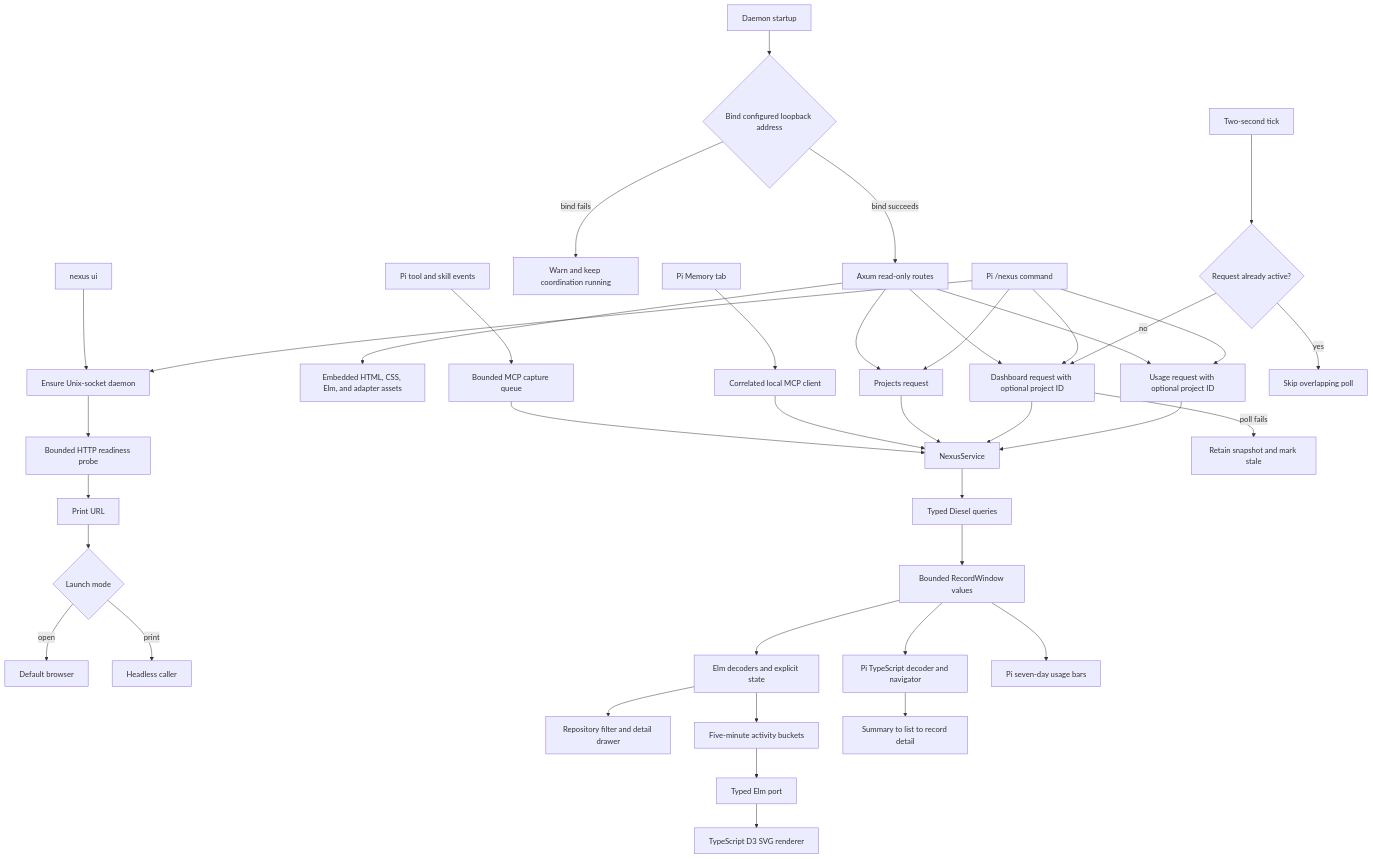
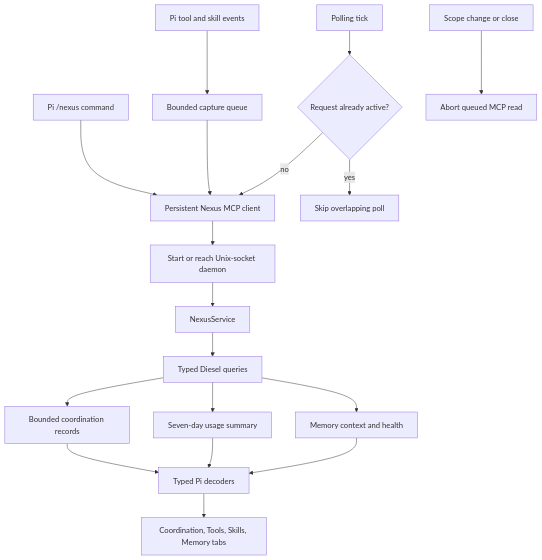
One commit to warrenronsiek/nexus changed the diagram in docs/features/observability-ui.md. Above: the diagram before and after it, drawn with Mermaid. The commit also changed other lines of this file and 57 other files, not shown here.

````diff
--- a/docs/features/observability-ui.md
+++ b/docs/features/observability-ui.md
@@ -25,41 +23,20 @@
 ```mermaid
 flowchart TD
-    A[nexus ui] --> B[Ensure Unix-socket daemon]
-    B --> C[Bounded HTTP readiness probe]
-    C --> D[Print URL]
-    D --> E{Launch mode}
-    E -->|open| F[Default browser]
-    E -->|print| G[Headless caller]
-    H[Daemon startup] --> I{Bind configured loopback address}
-    I -->|bind succeeds| J[Axum read-only routes]
-    I -->|bind fails| K[Warn and keep coordination running]
-    J --> L[Embedded HTML, CSS, Elm, and adapter assets]
-    J --> M[Projects request]
-    J --> N[Dashboard request with optional project ID]
-    J --> AF[Usage request with optional project ID]
-    AA[Pi /nexus command] --> B
-    AD[Pi tool and skill events] --> AE[Bounded MCP capture queue]
-    AE --> O
-    AH[Pi Memory tab] --> AI[Correlated local MCP client]
-    AI --> O
-    AA --> M
-    AA --> N
-    AA --> AF
-    M --> O[NexusService]
-    N --> O
-    AF --> O
-    O --> P[Typed Diesel queries]
-    P --> Q[Bounded RecordWindow values]
-    Q --> R[Elm decoders and explicit state]
-    Q --> AB[Pi TypeScript decoder and navigator]
-    Q --> AG[Pi seven-day usage bars]
-    R --> S[Repository filter and detail drawer]
-    R --> T[Five-minute activity buckets]
-    T --> U[Typed Elm port]
-    U --> V[TypeScript D3 SVG renderer]
-    W[Two-second tick] --> X{Request already active?}
-    X -->|yes| Y[Skip overlapping poll]
-    X -->|no| N
-    N -->|poll fails| Z[Retain snapshot and mark stale]
-    AB --> AC[Summary to list to record detail]
+    A[Pi /nexus command] --> B[Persistent Nexus MCP client]
+    C[Pi tool and skill events] --> D[Bounded capture queue]
+    D --> B
+    B --> E[Start or reach Unix-socket daemon]
+    E --> F[NexusService]
+    F --> G[Typed Diesel queries]
+    G --> H[Bounded coordination records]
+    G --> I[Seven-day usage summary]
+    G --> J[Memory context and health]
+    H --> K[Typed Pi decoders]
+    I --> K
+    J --> K
+    K --> L[Coordination, Tools, Skills, Memory tabs]
+    M[Polling tick] --> N{Request already active?}
+    N -->|yes| O[Skip overlapping poll]
+    N -->|no| B
+    P[Scope change or close] --> Q[Abort queued MCP read]
 ```
````
